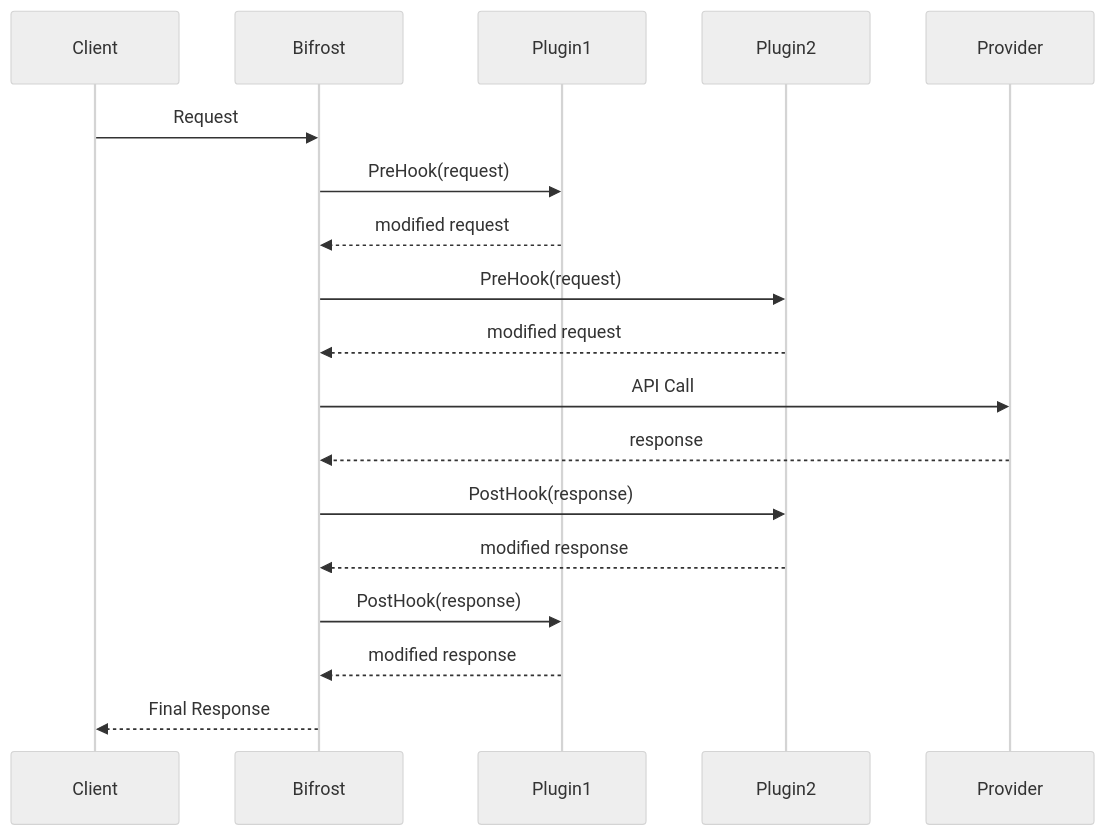
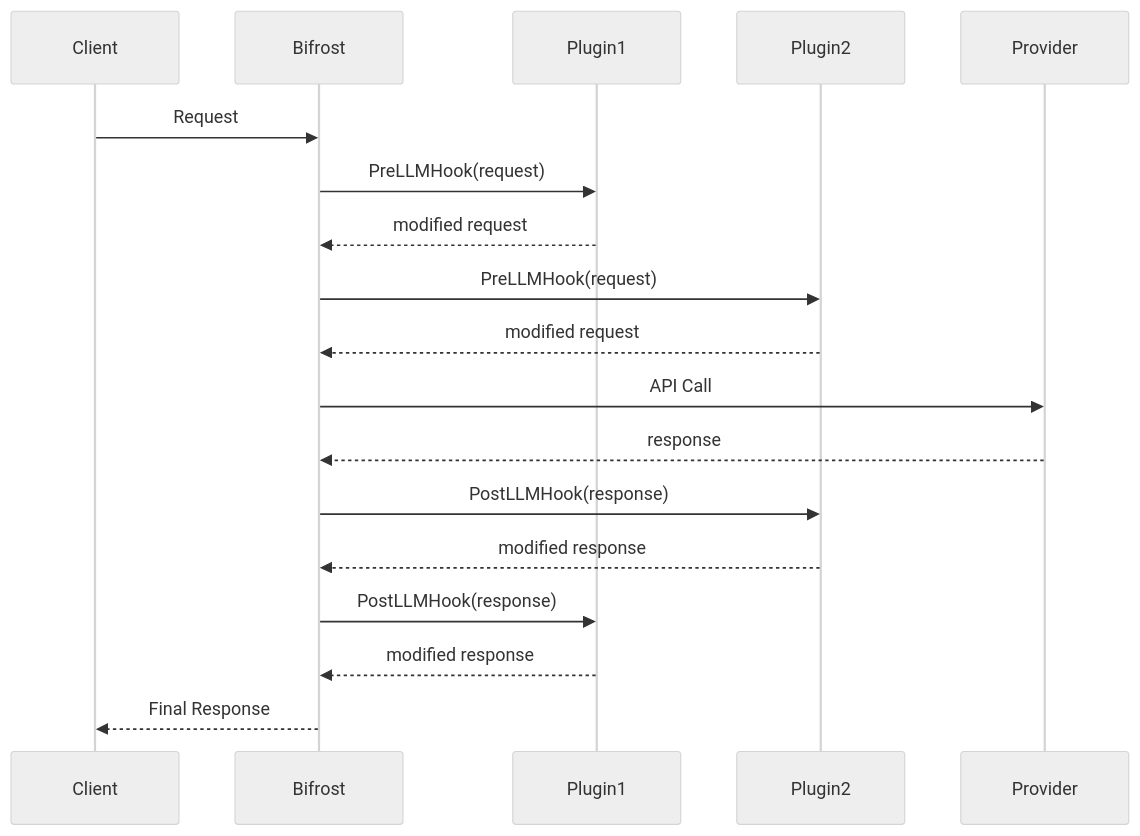
The third of 10 diagrams in docs/architecture/core/plugins.mdx (sammcj/bifrost), drawn with Mermaid (neutral theme) before and after one commit. The commit also changed other lines of this file and 156 other files, not shown here.

Commit message:
feat: plugin schema extensions for mcp plugins

````diff
--- a/docs/architecture/core/plugins.mdx
+++ b/docs/architecture/core/plugins.mdx
@@ -142,21 +142,21 @@
 ```mermaid
 sequenceDiagram
     participant Client
     participant Bifrost
     participant Plugin1
     participant Plugin2
     participant Provider
 
     Client->>Bifrost: Request
-    Bifrost->>Plugin1: PreHook(request)
+    Bifrost->>Plugin1: PreLLMHook(request)
     Plugin1-->>Bifrost: modified request
-    Bifrost->>Plugin2: PreHook(request)
+    Bifrost->>Plugin2: PreLLMHook(request)
     Plugin2-->>Bifrost: modified request
     Bifrost->>Provider: API Call
     Provider-->>Bifrost: response
-    Bifrost->>Plugin2: PostHook(response)
+    Bifrost->>Plugin2: PostLLMHook(response)
     Plugin2-->>Bifrost: modified response
-    Bifrost->>Plugin1: PostHook(response)
+    Bifrost->>Plugin1: PostLLMHook(response)
     Plugin1-->>Bifrost: modified response
     Bifrost-->>Client: Final Response
 ```
````
